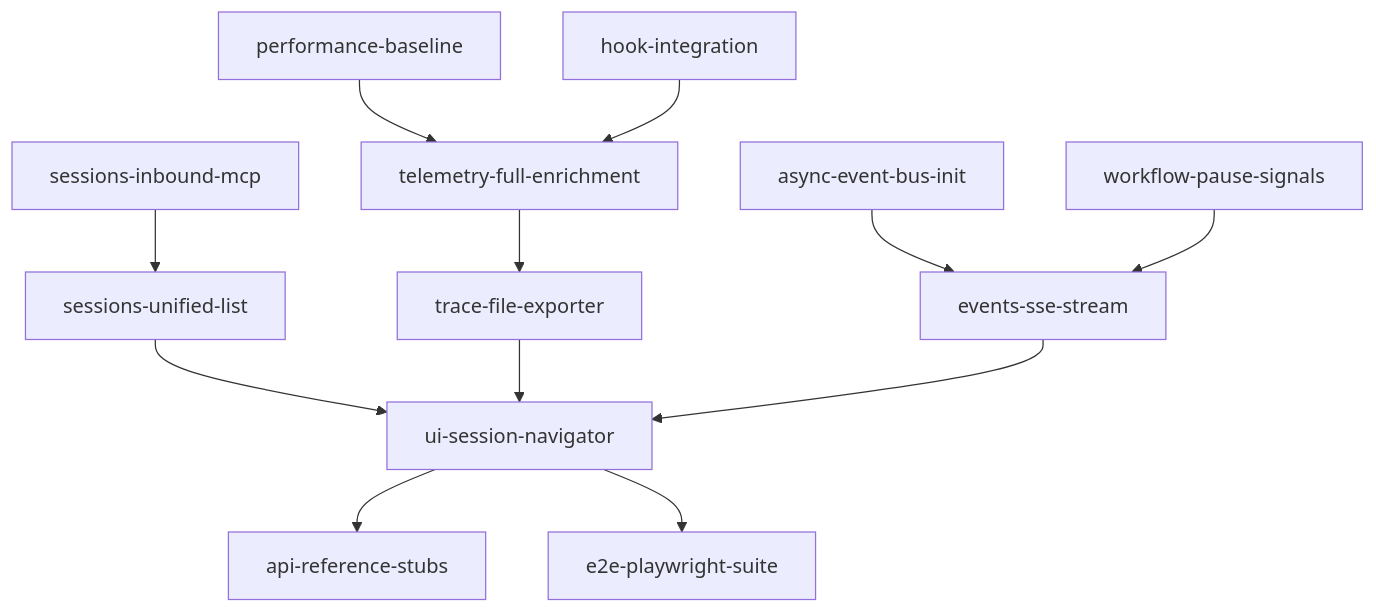
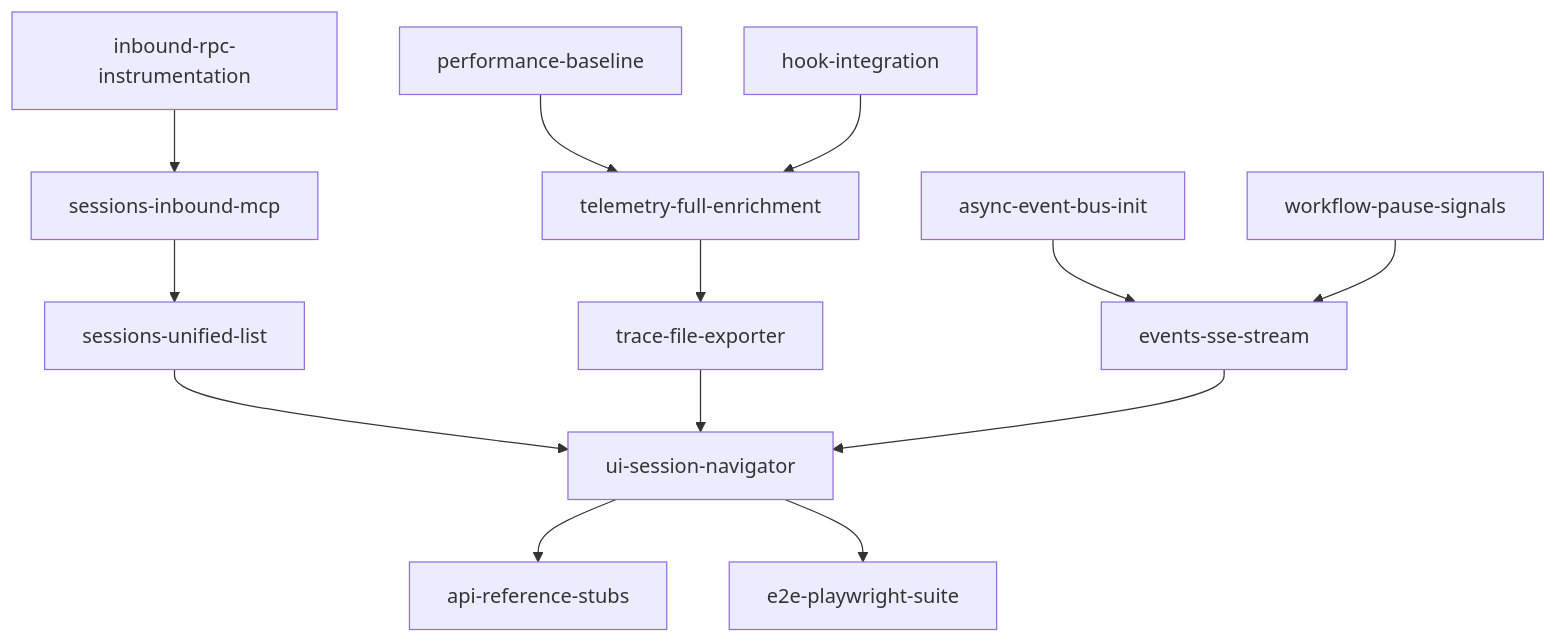
Before and after one commit to jsedgwick/mcp-agent: the diagram in docs/inspector/milestones/2-observe/README.md, drawn with Mermaid. The commit also changed other lines of this file, not shown here.

First line of the commit message:
docs(observe): add inbound-rpc-instrumentation task

````diff
--- a/docs/inspector/milestones/2-observe/README.md
+++ b/docs/inspector/milestones/2-observe/README.md
@@ -243,14 +293,15 @@
 ```mermaid
 graph TD
     FIX[async-event-bus-init] --> C[events-sse-stream]
     PERF[performance-baseline] --> D[telemetry-full-enrichment]
     DOCS[hook-integration] --> D
     A[sessions-unified-list] --> G[ui-session-navigator]
     B[trace-file-exporter] --> G
     C --> G
     D --> B
     E[sessions-inbound-mcp] --> A
+    IRPC[inbound-rpc-instrumentation] --> E
     F[workflow-pause-signals] --> C
     G --> H[api-reference-stubs]
     G --> I[e2e-playwright-suite]
 ```
````
